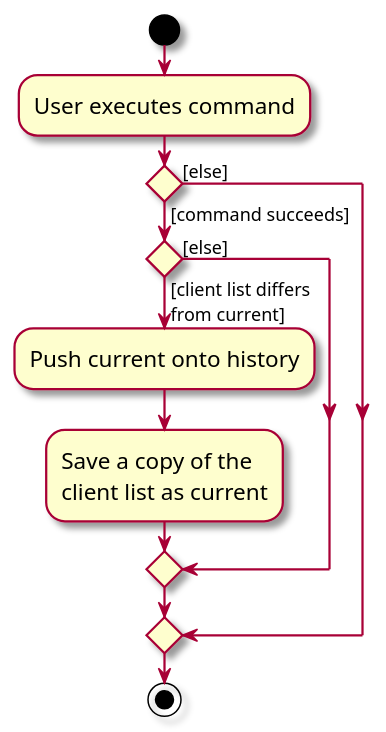
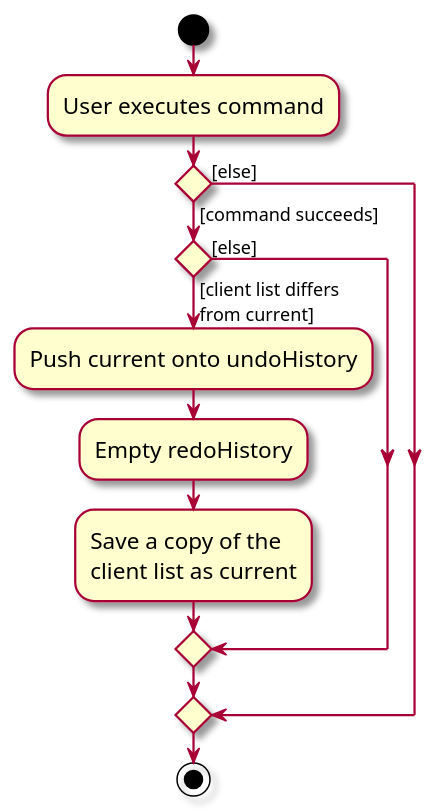
Before and after one commit to AY2627S1-CS2103T-T08-4/tp: the diagram in diagrams/CommitActivityDiagram.puml, drawn with PlantUML. The commit also changed 38 other files, not shown here.

```diff
--- a/diagrams/CommitActivityDiagram.puml
+++ b/diagrams/CommitActivityDiagram.puml
@@ -1,22 +1,23 @@
 @startuml
 skin rose
 skinparam ActivityFontSize 15
 skinparam ArrowFontSize 12
 start
 :User executes command;
 
 'Since the beta syntax does not support placing the condition outside the
 'diamond we place it as the true branch instead.
 
 if () then ([command succeeds])
     if () then ([client list differs
 from current])
-        :Push current onto history;
+        :Push current onto undoHistory;
+        :Empty redoHistory;
         :Save a copy of the
         client list as current;
     else ([else])
     endif
 else ([else])
 endif
 stop
 @enduml
```
